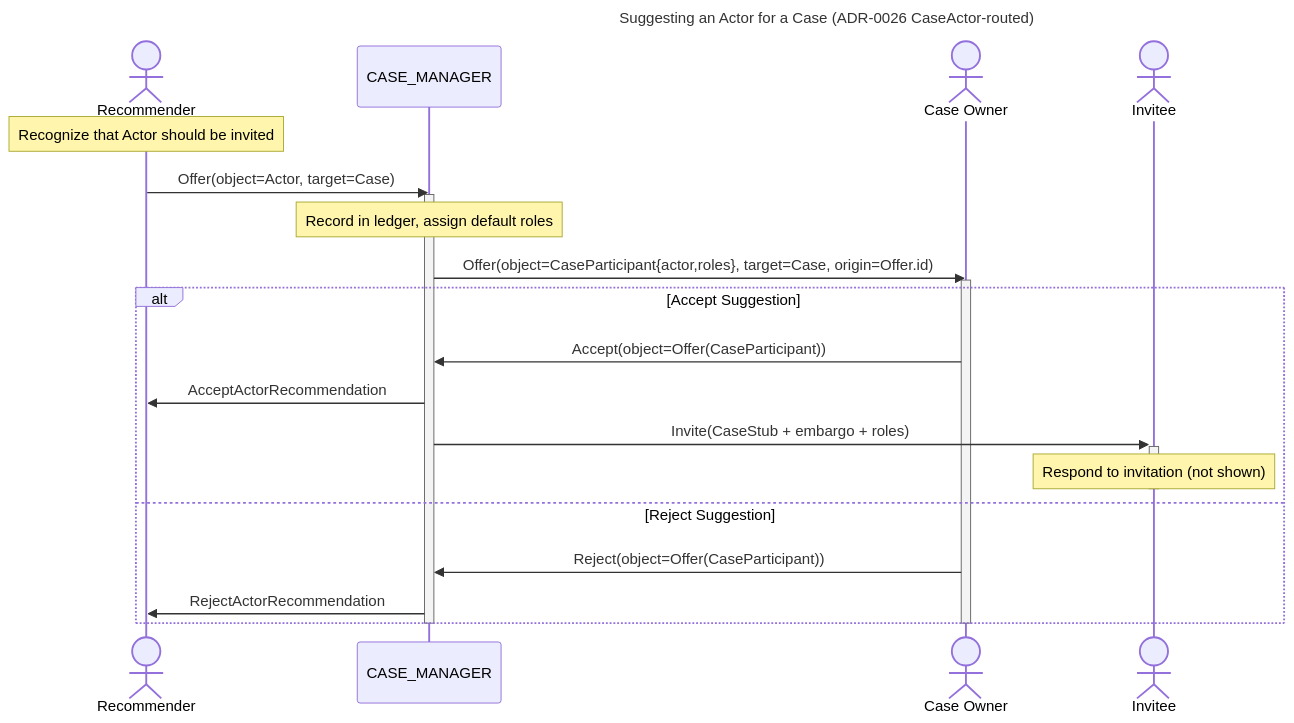
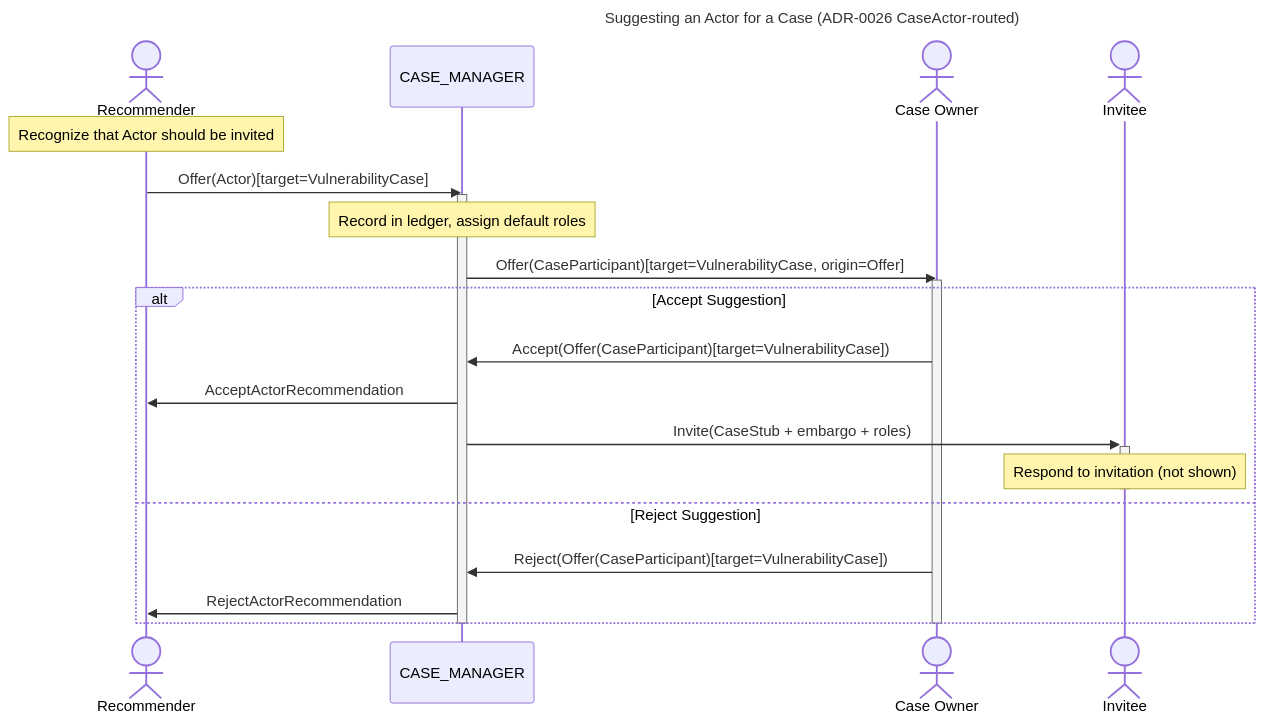
Before and after one commit to CERTCC/Vultron: the diagram in docs/howto/activitypub/activities/suggest_actor.md, drawn with Mermaid. The commit also changed 39 other files, not shown here.

````diff
--- a/docs/howto/activitypub/activities/suggest_actor.md
+++ b/docs/howto/activitypub/activities/suggest_actor.md
@@ -34,28 +34,28 @@
 ```mermaid
 ---
 title: Suggesting an Actor for a Case (ADR-0026 CaseActor-routed)
 ---
 sequenceDiagram
     actor A as Recommender
     participant CA as CASE_MANAGER
     actor B as Case Owner
     actor D as Invitee
     Note over A: Recognize that Actor should be invited
-    A ->> CA: Offer(object=Actor, target=Case)
+    A ->> CA: Offer(Actor)[target=VulnerabilityCase]
     activate CA
     Note over CA: Record in ledger, assign default roles
-    CA ->> B: Offer(object=CaseParticipant{actor,roles}, target=Case, origin=Offer.id)
+    CA ->> B: Offer(CaseParticipant)[target=VulnerabilityCase, origin=Offer]
     activate B
     alt Accept Suggestion
-        B ->> CA: Accept(object=Offer(CaseParticipant))
+        B ->> CA: Accept(Offer(CaseParticipant)[target=VulnerabilityCase])
         CA ->> A: AcceptActorRecommendation
         CA ->>+ D: Invite(CaseStub + embargo + roles)
         note over D: Respond to invitation (not shown)
         deactivate D
     else Reject Suggestion
-        B ->> CA: Reject(object=Offer(CaseParticipant))
+        B ->> CA: Reject(Offer(CaseParticipant)[target=VulnerabilityCase])
         CA ->> A: RejectActorRecommendation
     end
     deactivate B
     deactivate CA
 ```
````
